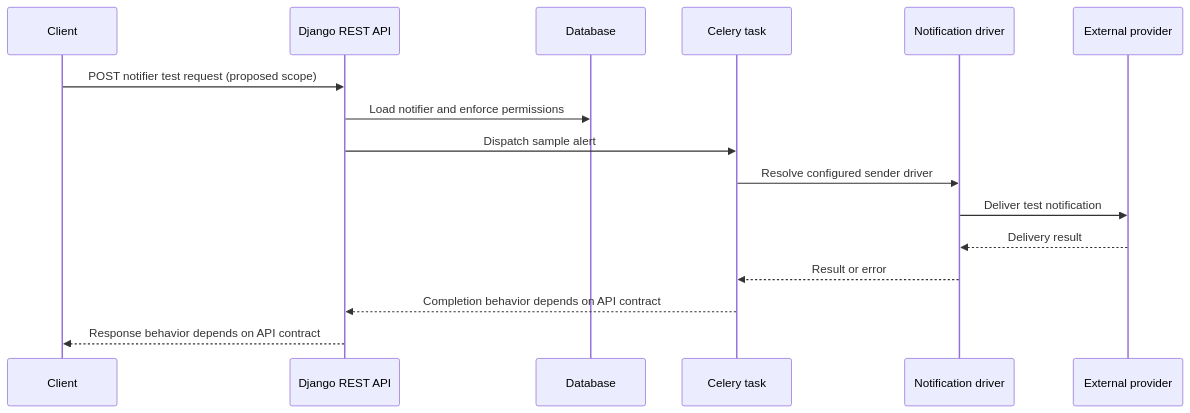
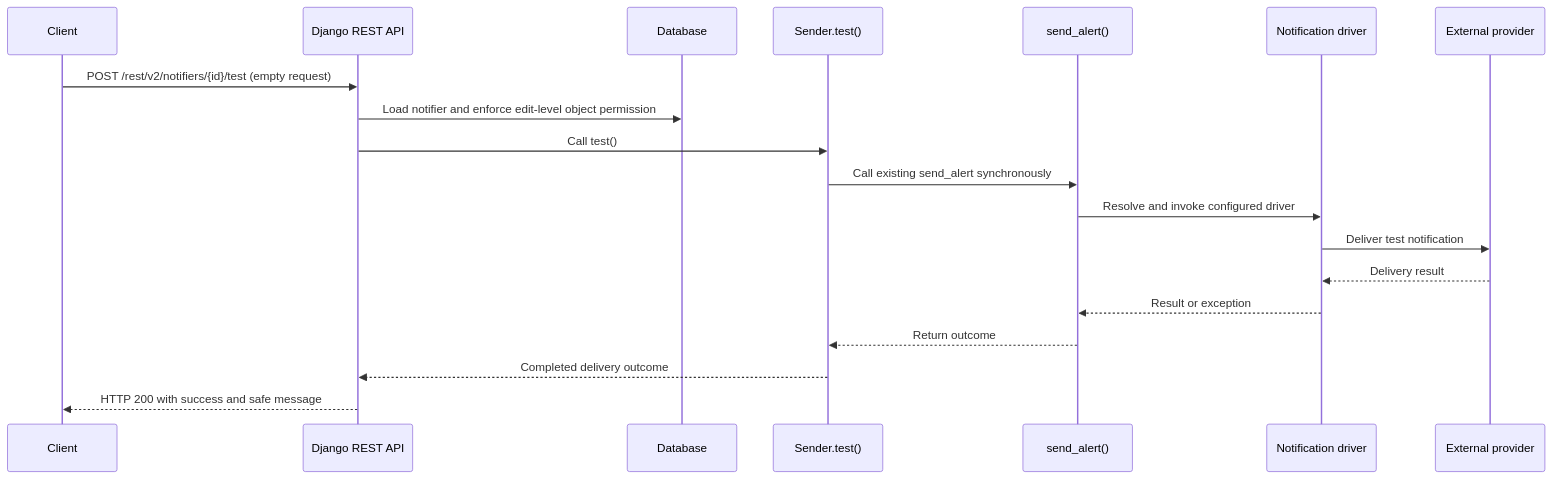
One commit to hoangpn/promgen changed the second of 2 diagrams in aidd-docs/2026-10-21-9bd7b2f9/inception/reverse-engineering/architecture.md. Above: the diagram before and after it, drawn with Mermaid. The commit also changed other lines of this file and 12 other files, not shown here.

Commit message:
aidd: construction/uow-1-rest-v2-notifier-test-action/stage-5-code-generation

````diff
--- a/aidd-docs/2026-10-21-9bd7b2f9/inception/reverse-engineering/architecture.md
+++ b/aidd-docs/2026-10-21-9bd7b2f9/inception/reverse-engineering/architecture.md
@@ -38,18 +38,21 @@
 ```mermaid
 sequenceDiagram
   participant Client
   participant API as Django REST API
   participant DB as Database
-  participant Task as Celery task
+  participant Sender as Sender.test()
+  participant Task as send_alert()
   participant Driver as Notification driver
   participant Provider as External provider
-  Client->>API: POST notifier test request (proposed scope)
-  API->>DB: Load notifier and enforce permissions
-  API->>Task: Dispatch sample alert
-  Task->>Driver: Resolve configured sender driver
+  Client->>API: POST /rest/v2/notifiers/{id}/test (empty request)
+  API->>DB: Load notifier and enforce edit-level object permission
+  API->>Sender: Call test()
+  Sender->>Task: Call existing send_alert synchronously
+  Task->>Driver: Resolve and invoke configured driver
   Driver->>Provider: Deliver test notification
   Provider-->>Driver: Delivery result
-  Driver-->>Task: Result or error
-  Task-->>API: Completion behavior depends on API contract
-  API-->>Client: Response behavior depends on API contract
+  Driver-->>Task: Result or exception
+  Task-->>Sender: Return outcome
+  Sender-->>API: Completed delivery outcome
+  API-->>Client: HTTP 200 with success and safe message
 ```
````
